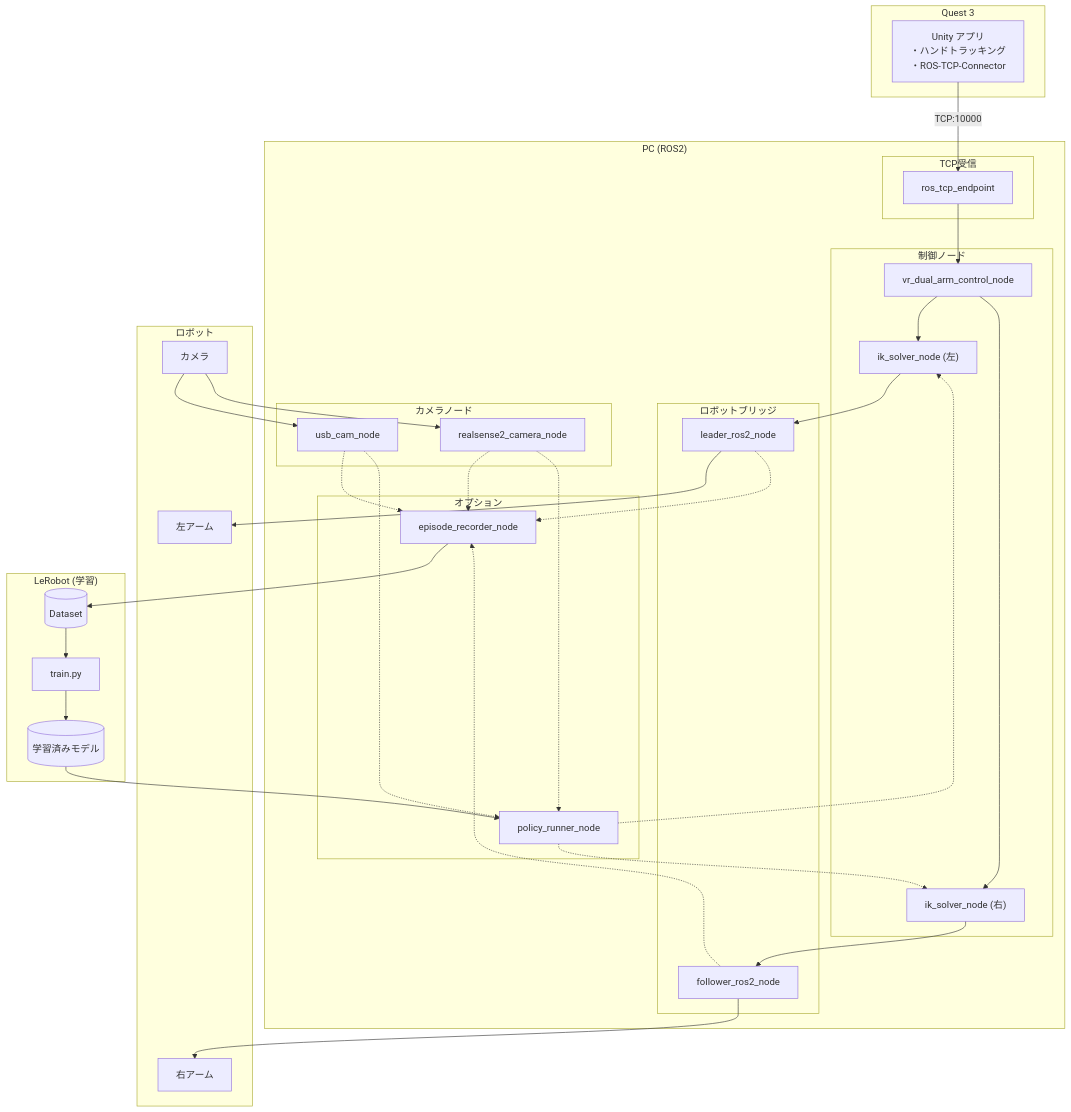
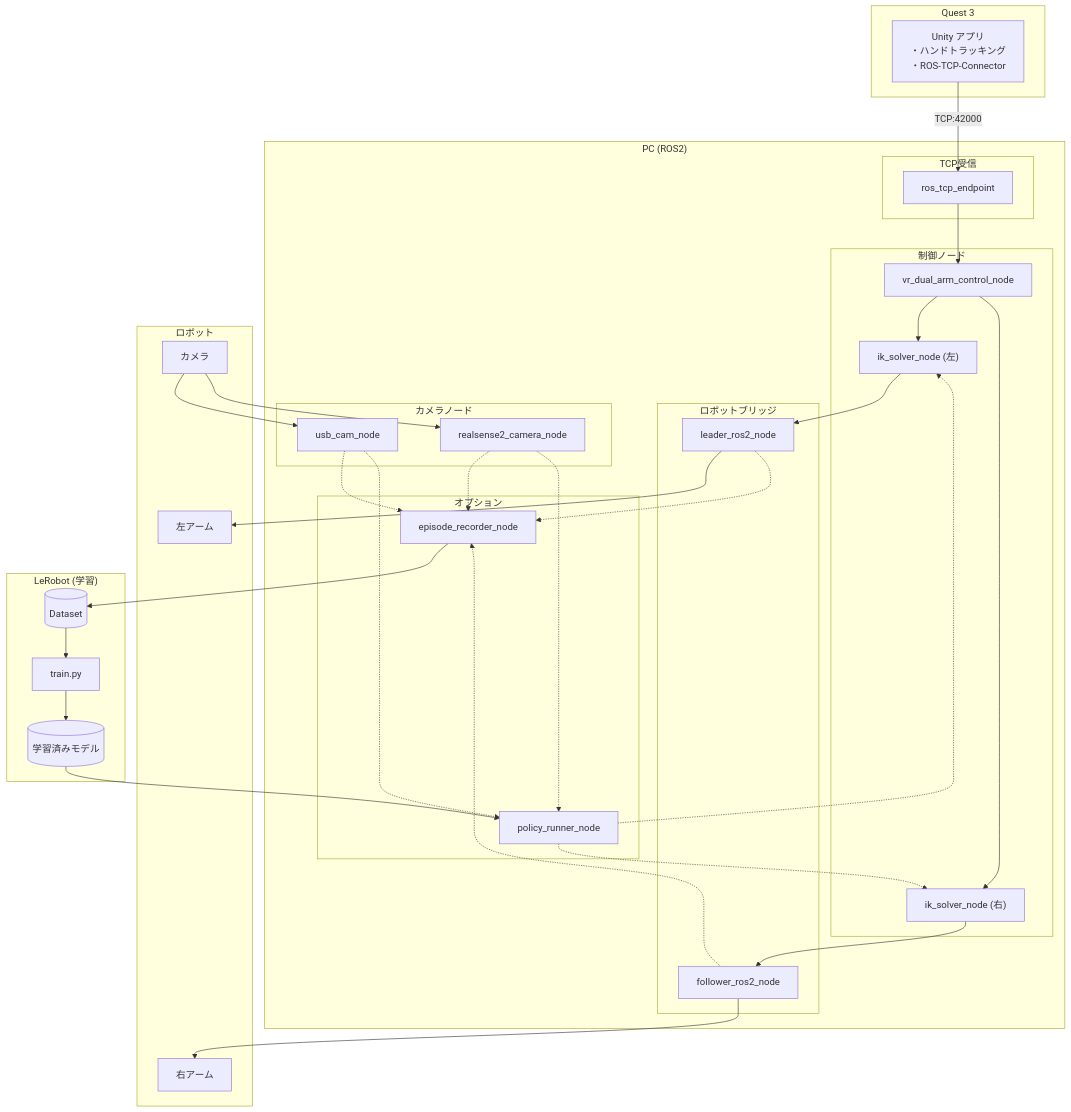
The first of 9 diagrams in docs/調整中/system_overview.md (takatronix/vlabor_ros2), drawn with Mermaid before and after one commit. The commit also changed other lines of this file and 14 other files, not shown here.

````diff
--- a/docs/調整中/system_overview.md
+++ b/docs/調整中/system_overview.md
@@ -5,74 +5,74 @@
 ```mermaid
 flowchart TB
     subgraph Quest3["Quest 3"]
         UnityApp["Unity アプリ<br/>・ハンドトラッキング<br/>・ROS-TCP-Connector"]
     end
 
     subgraph PC["PC (ROS2)"]
         subgraph TCP["TCP受信"]
             Endpoint["ros_tcp_endpoint"]
         end
 
         subgraph Control["制御ノード"]
             VRCtrl["vr_dual_arm_control_node"]
             IKL["ik_solver_node (左)"]
             IKR["ik_solver_node (右)"]
         end
 
         subgraph Bridge["ロボットブリッジ"]
             Leader["leader_ros2_node"]
             Follower["follower_ros2_node"]
         end
 
         subgraph Camera["カメラノード"]
             USBCam["usb_cam_node"]
             RSCam["realsense2_camera_node"]
         end
 
         subgraph Option["オプション"]
             Recorder["episode_recorder_node"]
             Runner["policy_runner_node"]
         end
     end
 
     subgraph Robot["ロボット"]
         LeftArm["左アーム"]
         RightArm["右アーム"]
         Cam1["カメラ"]
     end
 
     subgraph LeRobot["LeRobot (学習)"]
         Dataset[("Dataset")]
         Train["train.py"]
         Model[("学習済みモデル")]
     end
 
     %% Quest3 → PC
-    UnityApp -->|TCP:10000| Endpoint
+    UnityApp -->|TCP:42000| Endpoint
 
     %% テレオペフロー
     Endpoint --> VRCtrl
     VRCtrl --> IKL --> Leader --> LeftArm
     VRCtrl --> IKR --> Follower --> RightArm
 
     %% カメラ
     Cam1 --> USBCam
     Cam1 --> RSCam
 
     %% 記録フロー
     Leader -.-> Recorder
     Follower -.-> Recorder
     USBCam -.-> Recorder
     RSCam -.-> Recorder
     Recorder --> Dataset
 
     %% 学習フロー
     Dataset --> Train --> Model
 
     %% 自律フロー
     Model --> Runner
     USBCam -.-> Runner
     RSCam -.-> Runner
     Runner -.-> IKL
     Runner -.-> IKR
 ```
````
